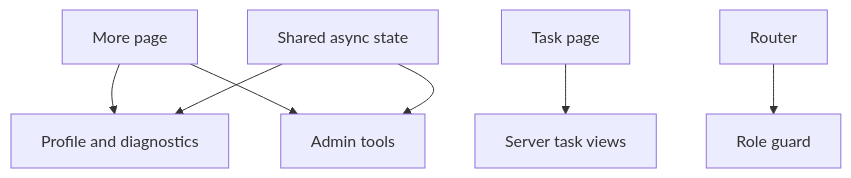
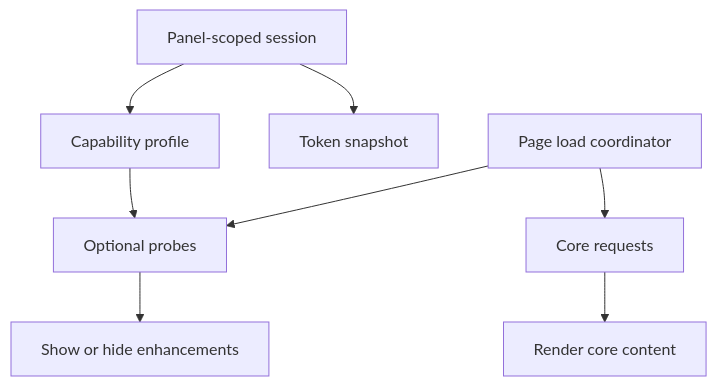
The diagram in .monkeycode/specs/2026-07-23-backend-capability-rollout/design.md (tall-1997/daidai-flutter), drawn with Mermaid before and after one commit. The commit also changed other lines of this file and 21 other files, not shown here.

````diff
--- a/.monkeycode/specs/2026-07-23-backend-capability-rollout/design.md
+++ b/.monkeycode/specs/2026-07-23-backend-capability-rollout/design.md
@@ -12,9 +12,10 @@
 ```mermaid
 graph TD
-    A["More page"] --> B["Profile and diagnostics"]
-    A --> C["Admin tools"]
-    D["Task page"] --> E["Server task views"]
-    F["Router"] --> G["Role guard"]
-    H["Shared async state"] --> B
-    H --> C
+    A["Panel-scoped session"] --> B["Token snapshot"]
+    A --> C["Capability profile"]
+    D["Page load coordinator"] --> E["Core requests"]
+    D --> F["Optional probes"]
+    C --> F
+    E --> G["Render core content"]
+    F --> H["Show or hide enhancements"]
 ```
````
